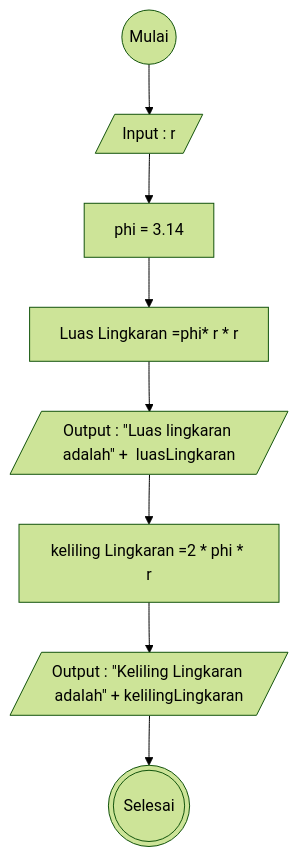
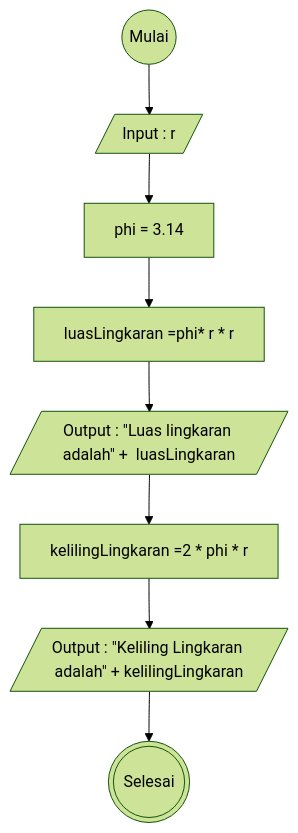
One commit to askadiliya/koda-b6-javascript1 changed the diagram in README.md. Above: the diagram before and after it, drawn with Mermaid (forest theme).

````diff
--- a/README.md
+++ b/README.md
@@ -5,15 +5,15 @@
 ```mermaid
 flowchart TD
 A@{ shape: circle, label: "Mulai" }
 B@{ shape: lean-r, label: "Input : r" }
 C@{ shape: rect, label: "phi = 3.14" }
-D@{ shape: rect, label: "Luas Lingkaran =phi* r * r" }
+D@{ shape: rect, label: "luasLingkaran =phi* r * r" }
 E@{ shape: lean-r, label: 'Output : "Luas lingkaran adalah" +  luasLingkaran' }
-F@{ shape: rect, label: "keliling Lingkaran =2 * phi * r" }
+F@{ shape: rect, label: "kelilingLingkaran =2 * phi * r" }
 G@{ shape: lean-r, label: 'Output : "Keliling Lingkaran adalah" + kelilingLingkaran' }
 H@{ shape: dbl-circ, label: "Selesai" }
 
 A-->B-->C-->D-->E-->F-->G-->H
 
 
 ```
````
